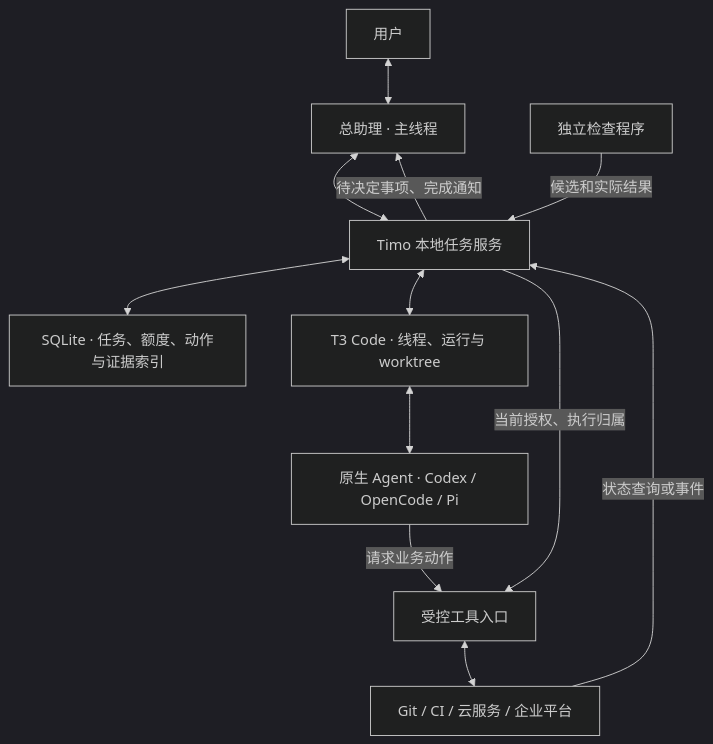
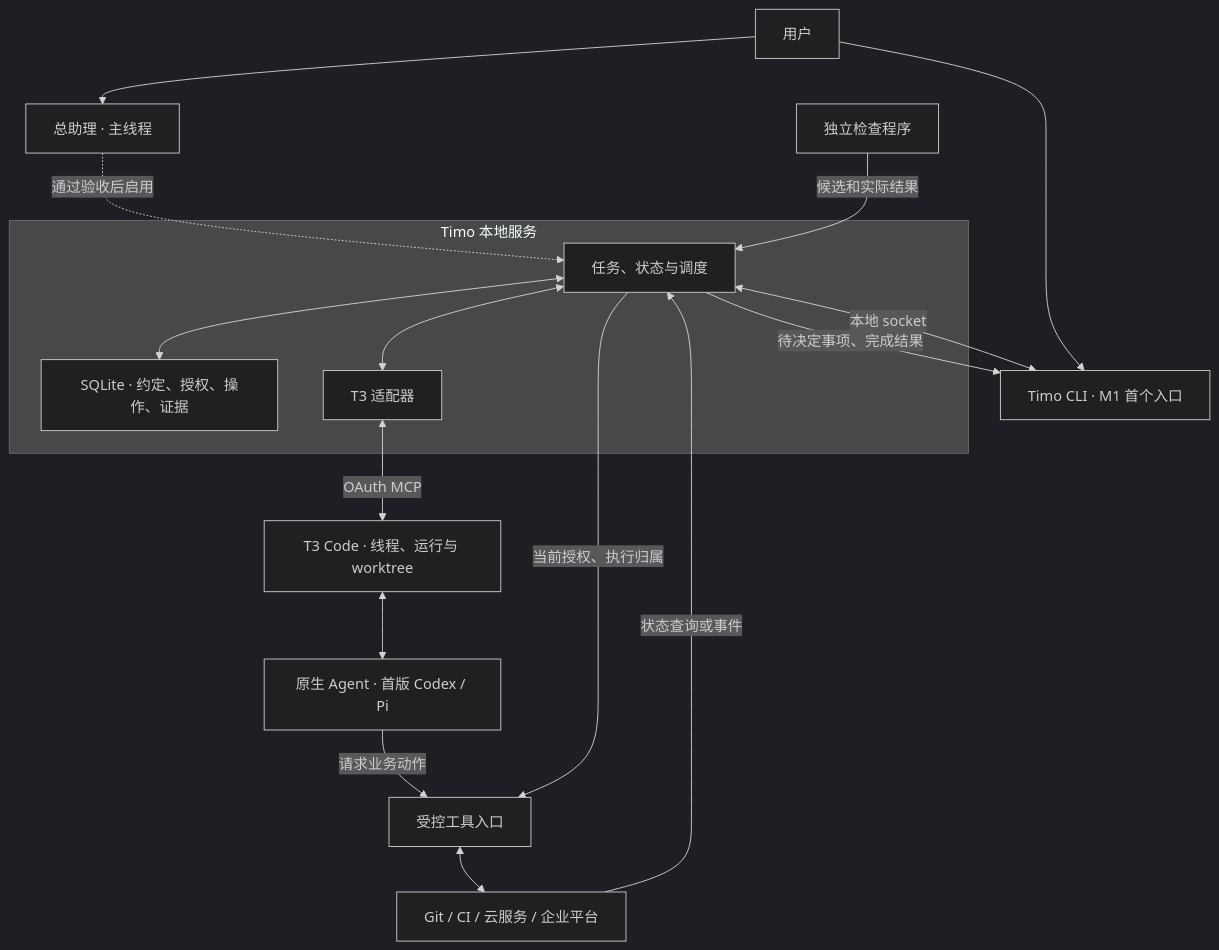
The diagram in docs/architecture.md (chiga0/timo), drawn with Mermaid (dark theme) before and after one commit. The commit also changed other lines of this file and 11 other files, not shown here.

````diff
--- a/docs/architecture.md
+++ b/docs/architecture.md
@@ -7,14 +7,22 @@
 ```mermaid
 flowchart TD
-    U["用户"] <--> A["总助理 · 主线程"]
-    A <--> T["Timo 本地任务服务"]
-    T <--> S["SQLite · 任务、额度、动作与证据索引"]
-    T <--> R["T3 Code · 线程、运行与 worktree"]
-    R <--> W["原生 Agent · Codex / OpenCode / Pi"]
+    U["用户"] --> A["总助理 · 主线程"]
+    U --> C["Timo CLI · M1 首个入口"]
+    subgraph Timo["Timo 本地服务"]
+        T["任务、状态与调度"]
+        S["SQLite · 约定、授权、操作、证据"]
+        K["T3 适配器"]
+        T <--> S
+        T <--> K
+    end
+    A -.->|"通过验收后启用"| T
+    C <-->|"本地 socket"| T
+    K <-->|"OAuth MCP"| R["T3 Code · 线程、运行与 worktree"]
+    R <--> W["原生 Agent · 首版 Codex / Pi"]
     W -->|"请求业务动作"| X["受控工具入口"]
     T -->|"当前授权、执行归属"| X
     X <--> P["Git / CI / 云服务 / 企业平台"]
     V["独立检查程序"] -->|"候选和实际结果"| T
     P -->|"状态查询或事件"| T
-    T -->|"待决定事项、完成通知"| A
+    T -->|"待决定事项、完成结果"| C
 ```
````
